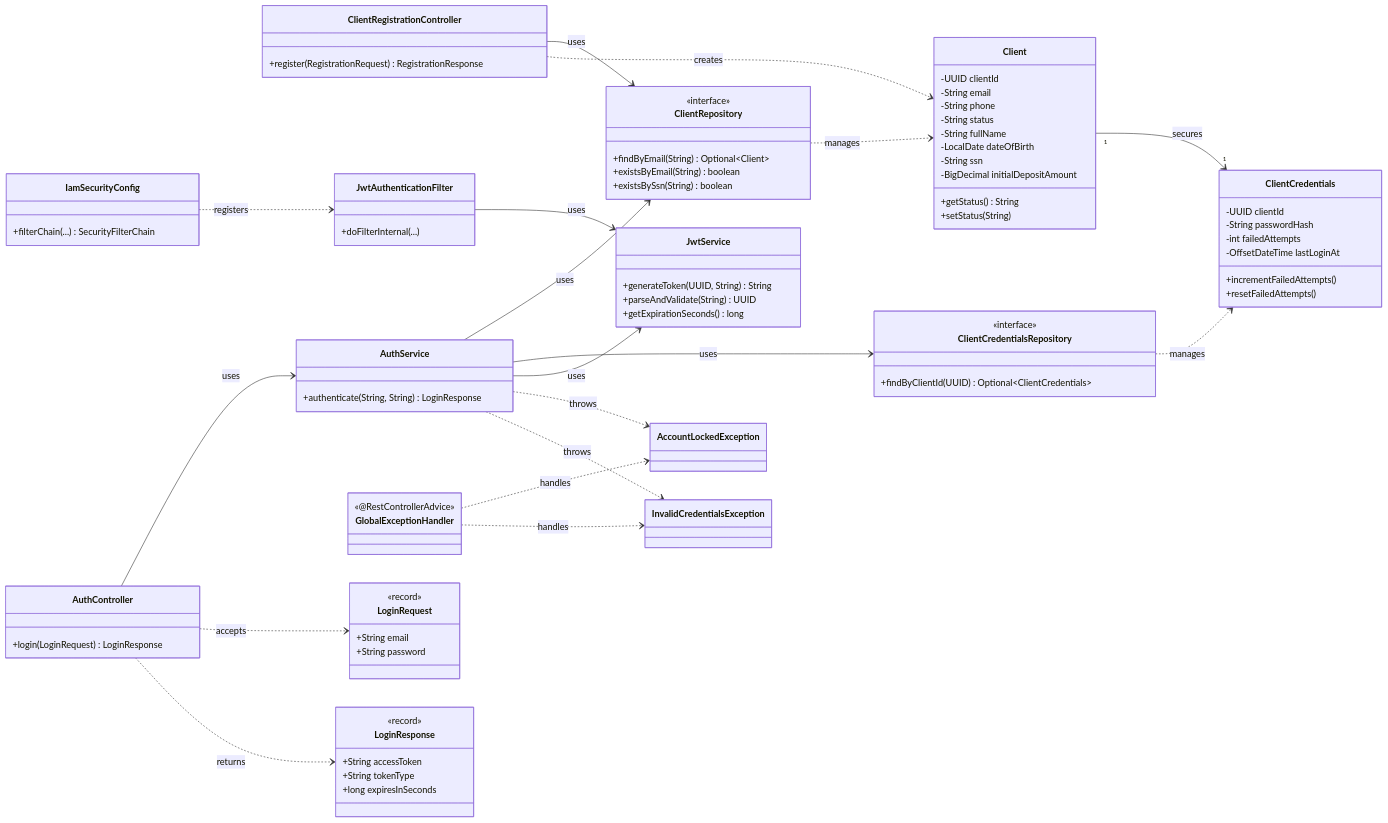
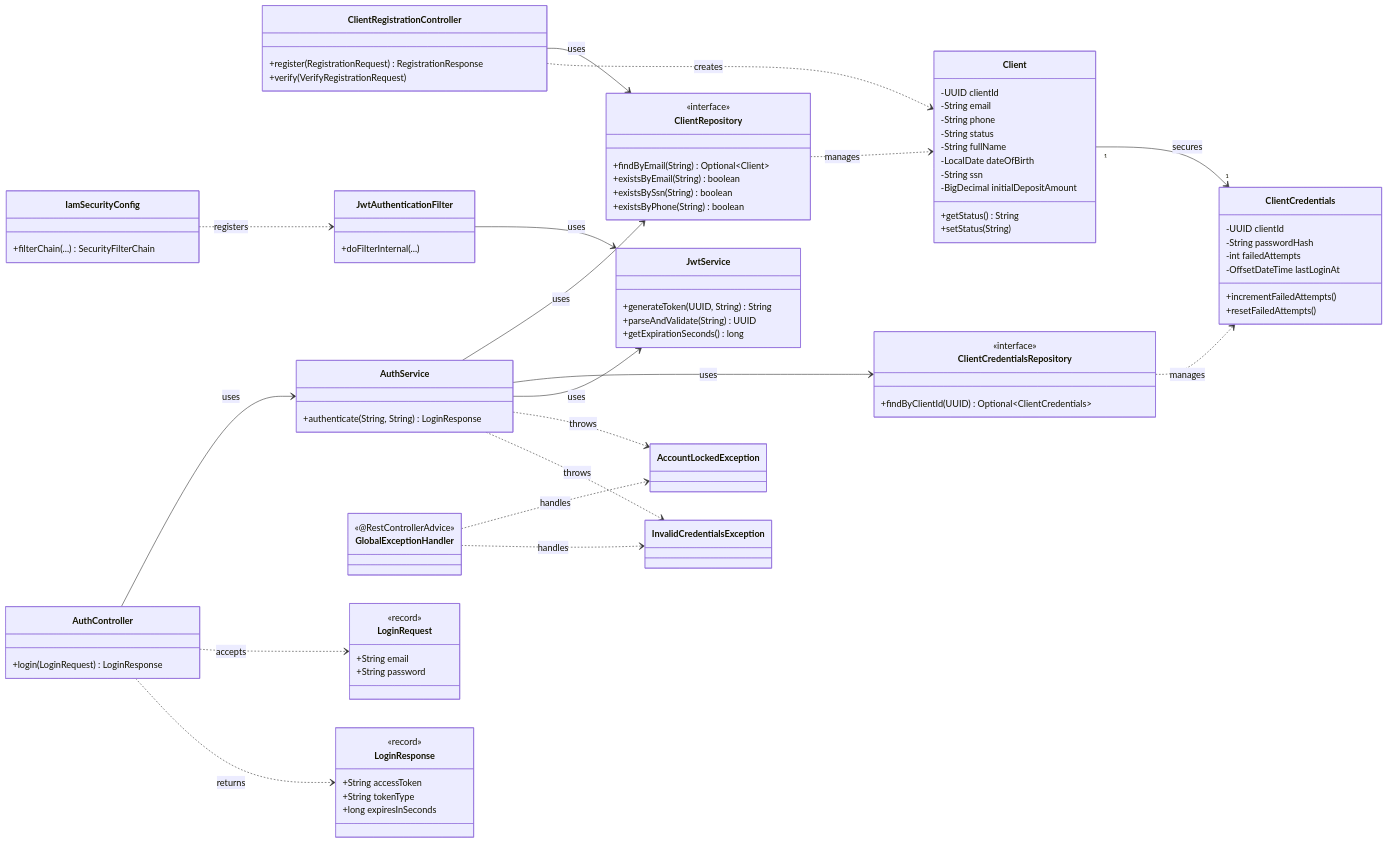
Before and after one commit to chrismuss04/leap-laugh-love: the fourth of 8 diagrams in README.md, drawn with Mermaid. The commit also changed other lines of this file, not shown here.

Commit message:
git commit -m "docs: describe email-confirmed registration"

```diff
--- a/README.md
+++ b/README.md
@@ -212,6 +212,7 @@
         +findByEmail(String) Optional~Client~
         +existsByEmail(String) boolean
         +existsBySsn(String) boolean
+        +existsByPhone(String) boolean
     }
     class ClientCredentialsRepository {
         <<interface>>
@@ -219,6 +220,7 @@
     }
     class ClientRegistrationController {
         +register(RegistrationRequest) RegistrationResponse
+        +verify(VerifyRegistrationRequest)
     }
     class AuthController {
         +login(LoginRequest) LoginResponse
```
